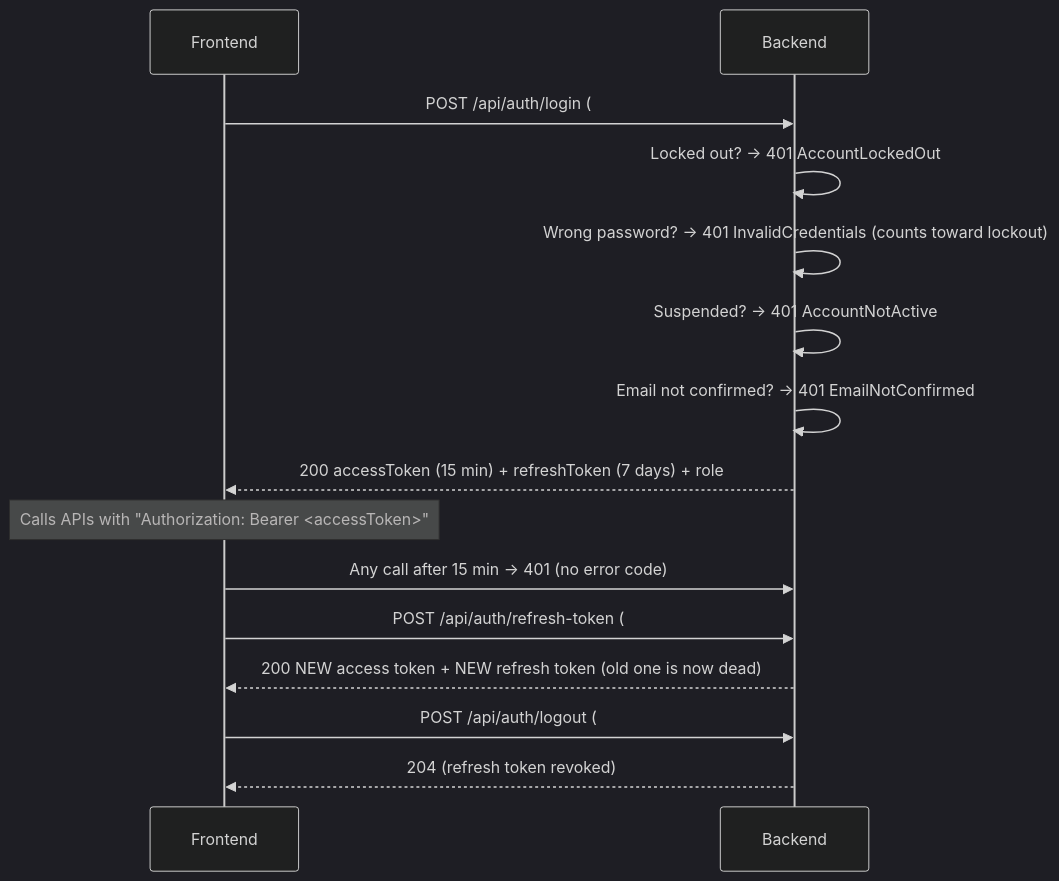
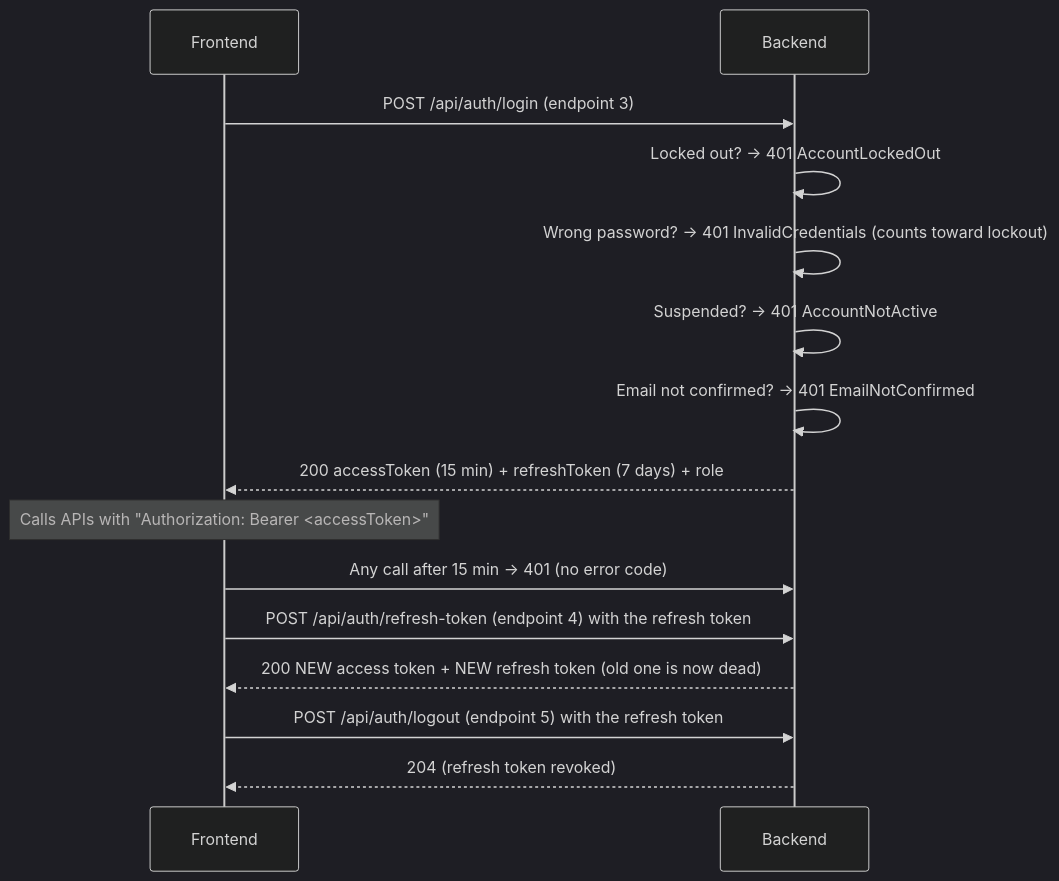
The sixth of 12 diagrams in docs/V1_GUIDE.md (S3d0o/ClinicFlow-Backend), drawn with Mermaid (dark theme) before and after one commit. The commit also changed other lines of this file, not shown here.

First line of the commit message:
Fix the doctor-approval diagram in the V1 guide

````diff
--- a/docs/V1_GUIDE.md
+++ b/docs/V1_GUIDE.md
@@ -295,18 +295,18 @@
 ```mermaid
 sequenceDiagram
     participant FE as Frontend
     participant API as Backend
 
-    FE->>API: POST /api/auth/login (#3)
+    FE->>API: POST /api/auth/login (endpoint 3)
     API->>API: Locked out? → 401 AccountLockedOut
     API->>API: Wrong password? → 401 InvalidCredentials (counts toward lockout)
     API->>API: Suspended? → 401 AccountNotActive
     API->>API: Email not confirmed? → 401 EmailNotConfirmed
     API-->>FE: 200 accessToken (15 min) + refreshToken (7 days) + role
     Note over FE: Calls APIs with "Authorization: Bearer <accessToken>"
     FE->>API: Any call after 15 min → 401 (no error code)
-    FE->>API: POST /api/auth/refresh-token (#4) with the refresh token
+    FE->>API: POST /api/auth/refresh-token (endpoint 4) with the refresh token
     API-->>FE: 200 NEW access token + NEW refresh token (old one is now dead)
-    FE->>API: POST /api/auth/logout (#5) with the refresh token
+    FE->>API: POST /api/auth/logout (endpoint 5) with the refresh token
     API-->>FE: 204 (refresh token revoked)
 ```
````
